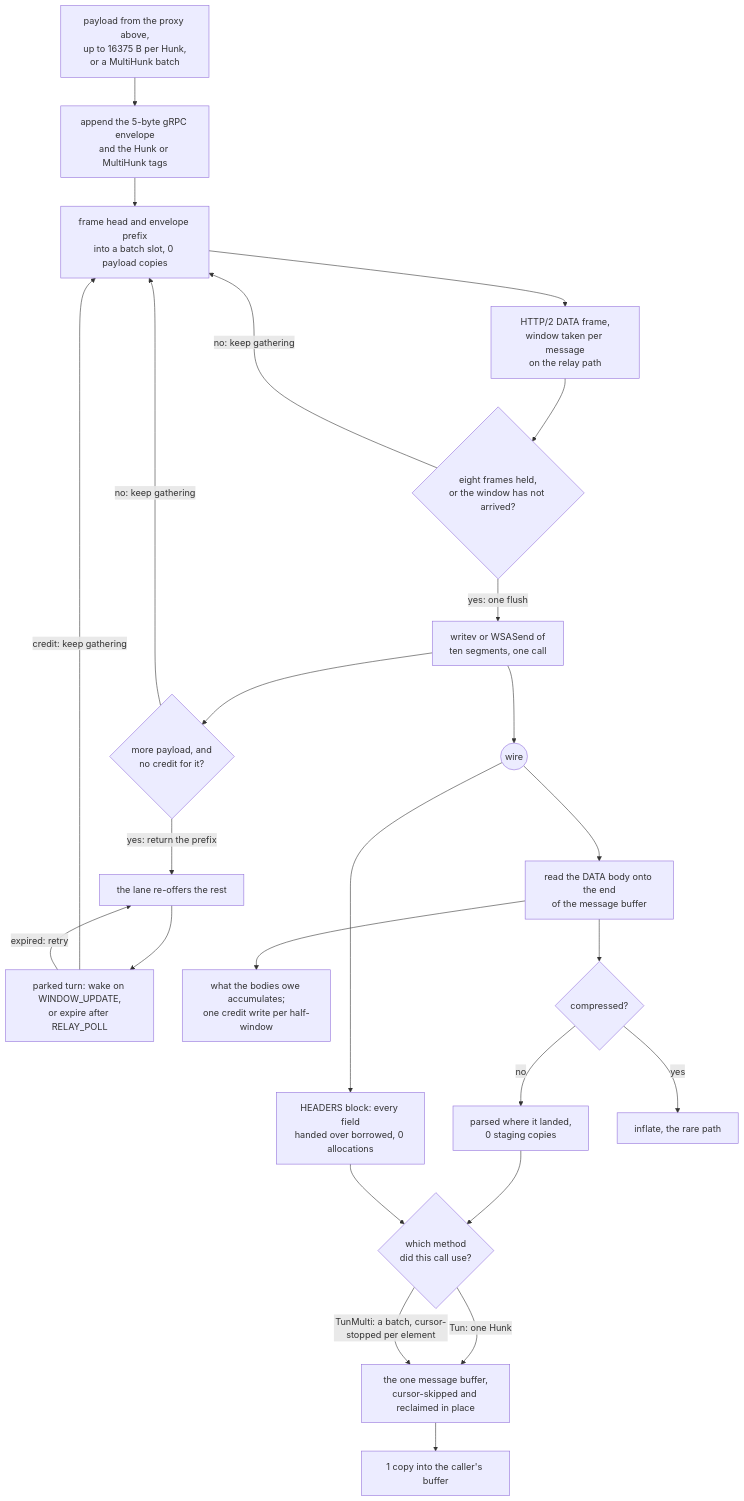
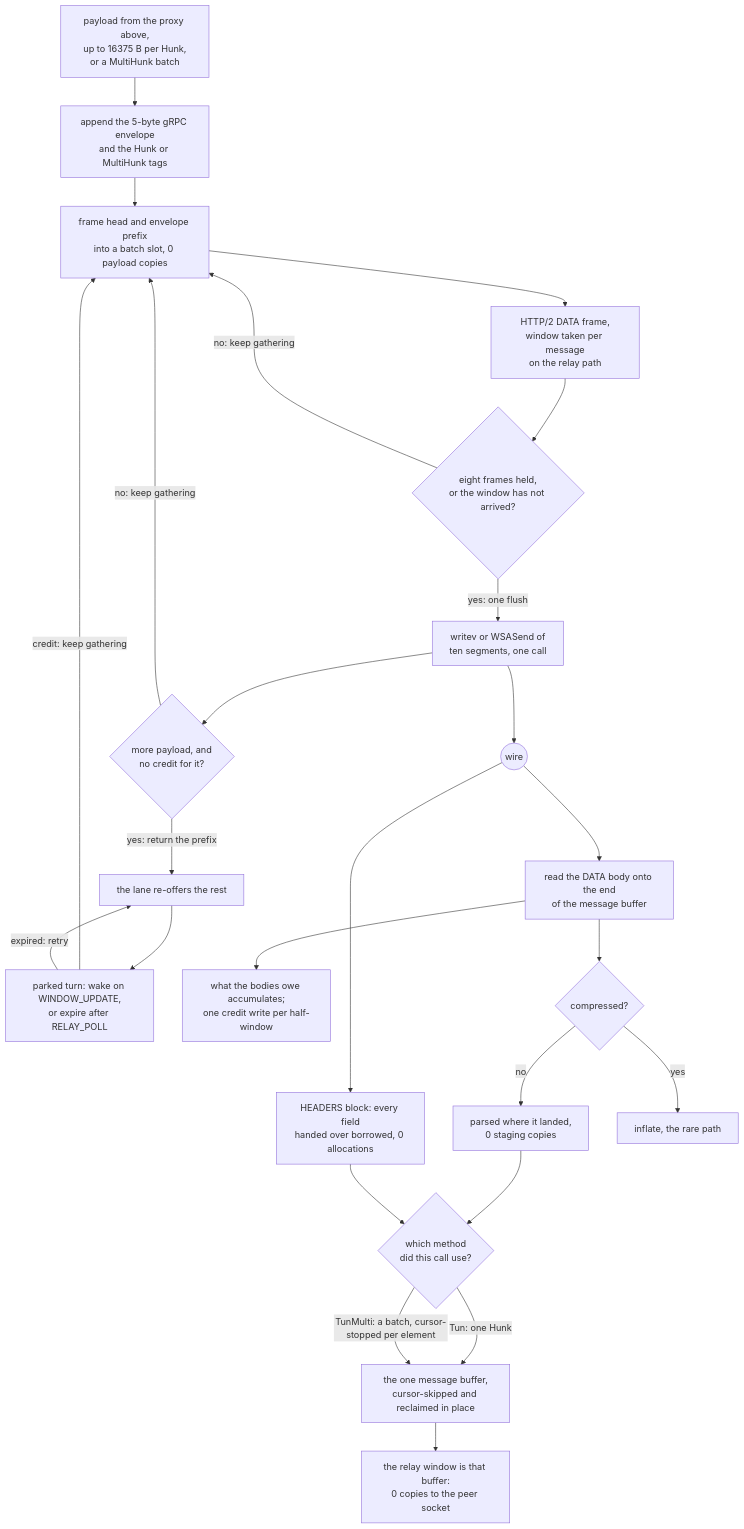
Before and after one commit to Ferrocite/ferrox: the diagram in docs/function/carrier-grpc.md, drawn with Mermaid. The commit also changed other lines of this file and 3 other files, not shown here.

Commit message:
grpc: write the relay's download straight from the message buffer (#361)

````diff
--- a/docs/function/carrier-grpc.md
+++ b/docs/function/carrier-grpc.md
@@ -17,27 +17,27 @@
 ```mermaid
 graph TD
     A["payload from the proxy above,<br/>up to 16375 B per Hunk,<br/>or a MultiHunk batch"] --> B["append the 5-byte gRPC envelope<br/>and the Hunk or MultiHunk tags"]
     B --> C["frame head and envelope prefix<br/>into a batch slot, 0 payload copies"]
     C --> D["HTTP/2 DATA frame,<br/>window taken per message<br/>on the relay path"]
     D --> P{"eight frames held,<br/>or the window has not arrived?"}
     P -- "no: keep gathering" --> C
     P -- "yes: one flush" --> Q["writev or WSASend of<br/>ten segments, one call"]
     Q --> W{"more payload, and<br/>no credit for it?"}
     W -- "no: keep gathering" --> C
     W -- "yes: return the prefix" --> Y["the lane re-offers the rest"]
     Y --> X["parked turn: wake on WINDOW_UPDATE,<br/>or expire after RELAY_POLL"]
     X -- "credit: keep gathering" --> C
     X -- "expired: retry" --> Y
     Q --> E(("wire"))
     E --> F["read the DATA body onto the end<br/>of the message buffer"]
     E --> L["HEADERS block: every field<br/>handed over borrowed, 0 allocations"]
     F --> N["what the bodies owe accumulates;<br/>one credit write per half-window"]
     F --> G{"compressed?"}
     G -- no --> H["parsed where it landed,<br/>0 staging copies"]
     G -- yes --> I["inflate, the rare path"]
     H --> M{"which method<br/>did this call use?"}
     L --> M
     M -- "Tun: one Hunk" --> J
     M -- "TunMulti: a batch, cursor-stopped per element" --> J["the one message buffer,<br/>cursor-skipped and reclaimed in place"]
-    J --> K["1 copy into the caller's buffer"]
+    J --> K["the relay window is that buffer:<br/>0 copies to the peer socket"]
 ```
````
